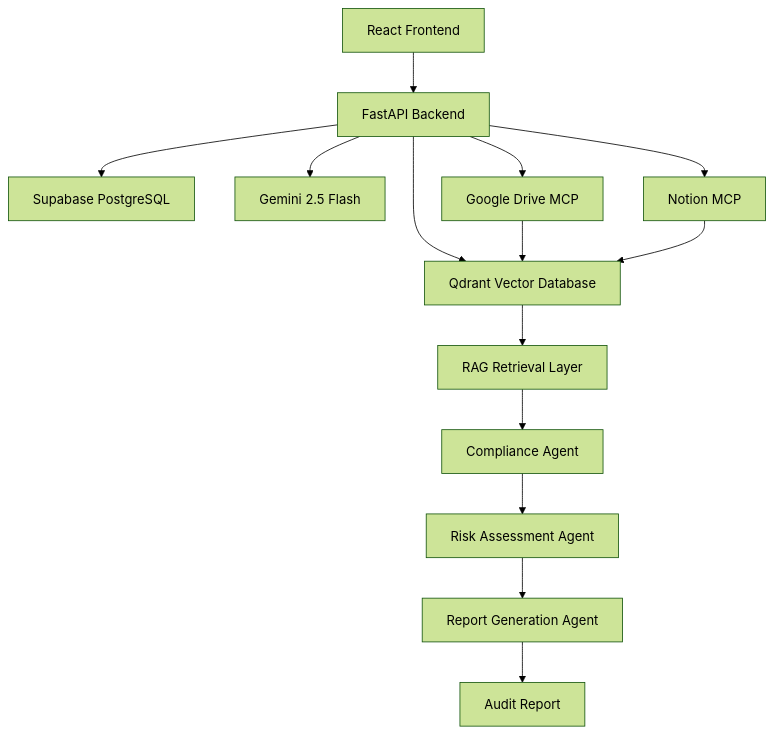
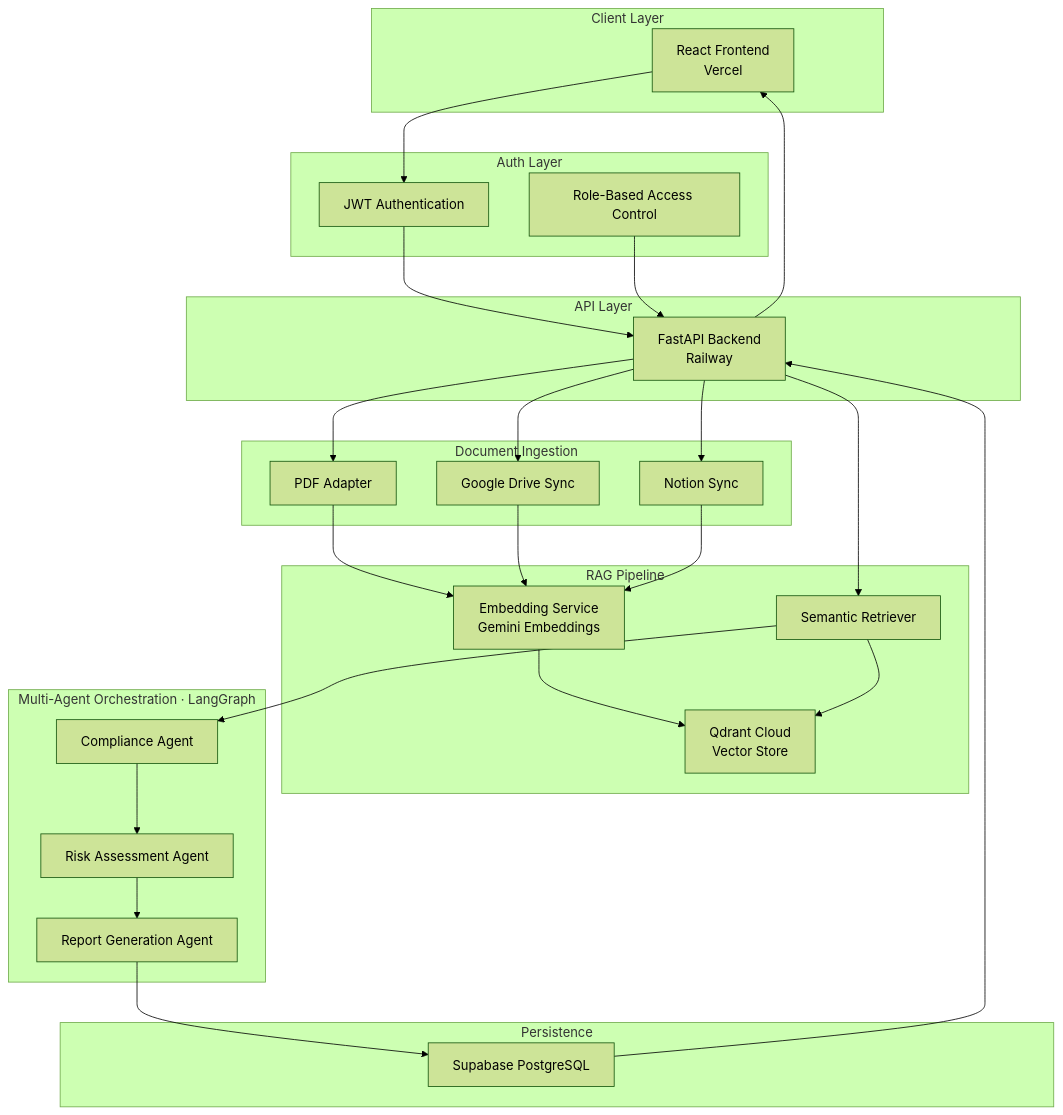
The first of 2 diagrams in README.md (Aadithya-kl/enterprise-compliance-ai), drawn with Mermaid (forest theme) before and after one commit. The commit also changed other lines of this file, not shown here.

````diff
--- a/README.md
+++ b/README.md
@@ -91,29 +48,45 @@
 ```mermaid
-graph TD
+graph TB
+    subgraph Client["Client Layer"]
+        UI[React Frontend<br/>Vercel]
+    end
 
-A[React Frontend] --> B[FastAPI Backend]
+    subgraph Auth["Auth Layer"]
+        JWT[JWT Authentication]
+        RBAC[Role-Based Access Control]
+    end
 
-B --> C[Supabase PostgreSQL]
+    subgraph API["API Layer"]
+        BE[FastAPI Backend<br/>Railway]
+    end
 
-B --> D[Qdrant Vector Database]
+    subgraph Ingestion["Document Ingestion"]
+        PDF[PDF Adapter]
+        GD[Google Drive Sync]
+        NO[Notion Sync]
+    end
 
-B --> E[Gemini 2.5 Flash]
+    subgraph RAG["RAG Pipeline"]
+        EMB[Embedding Service<br/>Gemini Embeddings]
+        VS[Qdrant Cloud<br/>Vector Store]
+        RET[Semantic Retriever]
+    end
 
-B --> F[Google Drive MCP]
+    subgraph Agents["Multi-Agent Orchestration · LangGraph"]
+        CA[Compliance Agent]
+        RA[Risk Assessment Agent]
+        RGA[Report Generation Agent]
+    end
 
-B --> G[Notion MCP]
+    subgraph DB["Persistence"]
+        SB[Supabase PostgreSQL]
+    end
 
-F --> D
-
-G --> D
-
-D --> H[RAG Retrieval Layer]
-
-H --> I[Compliance Agent]
-
-I --> J[Risk Assessment Agent]
-
-J --> K[Report Generation Agent]
-
-K --> L[Audit Report]
+    UI --> JWT --> BE
+    RBAC --> BE
+    BE --> PDF & GD & NO --> EMB --> VS
+    BE --> RET --> VS
+    RET --> CA --> RA --> RGA
+    RGA --> SB
+    SB --> BE --> UI
 ```
````
